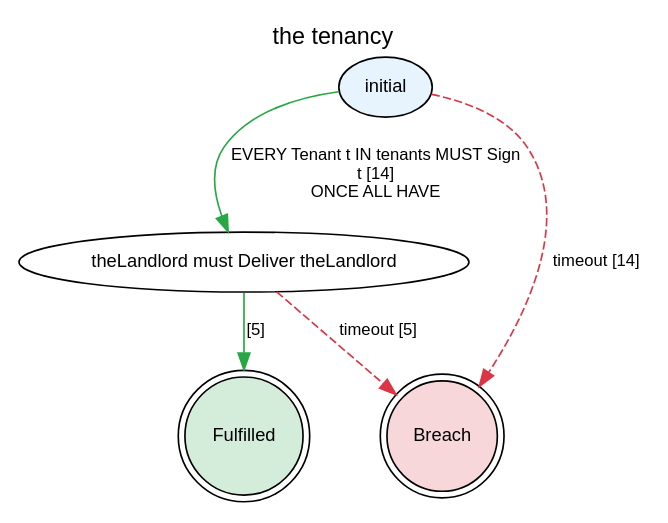
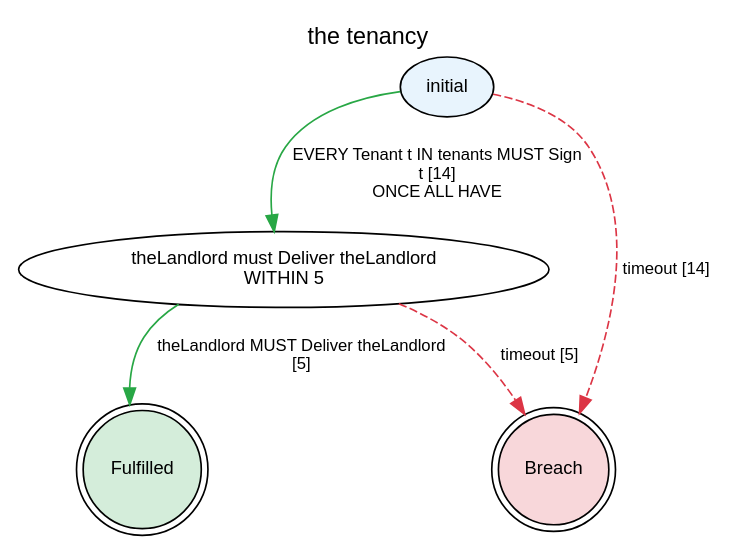
One commit to legalese/l4-ide changed the diagram in etc/lts-reader-proxy/every-run-example/B.dot. Above: the diagram before and after it, drawn with Graphviz. The commit also changed 5 other files, not shown here.

```diff
--- a/etc/lts-reader-proxy/every-run-example/B.dot
+++ b/etc/lts-reader-proxy/every-run-example/B.dot
@@ -1,43 +1,43 @@
 digraph {
     graph [rankdir=TB
           ,label="the tenancy"
           ,labelloc=t
           ,fontname=Helvetica
           ,fontsize=14];
     node [fontname=Helvetica
          ,fontsize=11];
     edge [fontname=Helvetica
          ,fontsize=10];
     0 [label=initial
       ,fillcolor=white
       ,style=filled
       ,shape=ellipse
       ,fillcolor="#e8f4fd"];
-    1 [label="theLandlord must Deliver theLandlord"
+    1 [label="theLandlord must Deliver theLandlord\nWITHIN 5"
       ,fillcolor=white
       ,style=filled
       ,shape=ellipse
       ,fillcolor="#ffffff"];
     2 [label=Fulfilled
       ,fillcolor=white
       ,style=filled
       ,shape=doublecircle
       ,fillcolor="#d4edda"];
     3 [label=Breach
       ,fillcolor=white
       ,style=filled
       ,shape=doublecircle
       ,fillcolor="#f8d7da"];
     0 -> 1 [label="EVERY Tenant t IN tenants MUST Sign\nt [14]\nONCE ALL HAVE"
            ,color="#28a745"
            ,style=solid];
     0 -> 3 [label="timeout [14]"
            ,color="#dc3545"
            ,style=dashed];
-    1 -> 2 [label="[5]"
+    1 -> 2 [label="theLandlord MUST Deliver theLandlord\n[5]"
            ,color="#28a745"
            ,style=solid];
     1 -> 3 [label="timeout [5]"
            ,color="#dc3545"
            ,style=dashed];
 }
```
